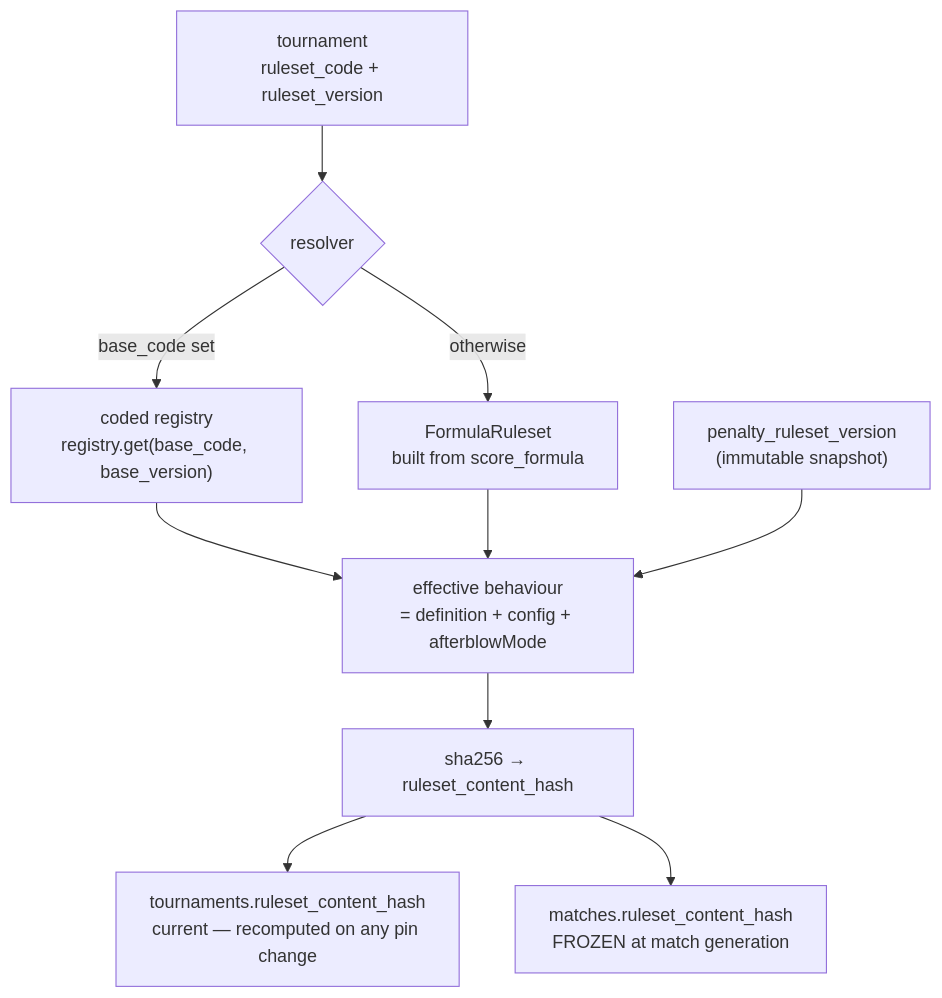
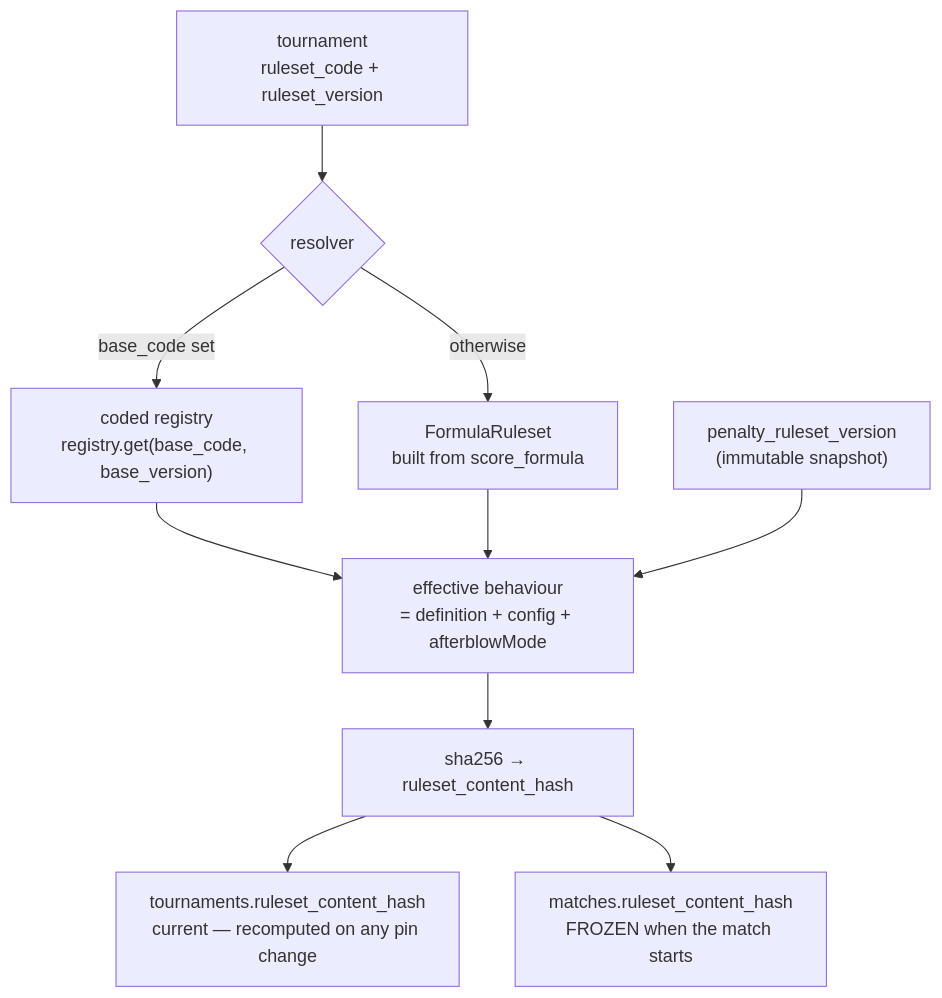
The seventh of 15 diagrams in docs/ARCHITECTURE.md (GrosTony6970/MyClash), drawn with Mermaid before and after one commit. The commit also changed other lines of this file and 18 other files, not shown here.

````diff
--- a/docs/ARCHITECTURE.md
+++ b/docs/ARCHITECTURE.md
@@ -812,12 +812,12 @@
 ```mermaid
 flowchart TD
   T["tournament<br/>ruleset_code + ruleset_version"] --> R{"resolver"}
   R -->|"base_code set"| REG["coded registry<br/>registry.get(base_code, base_version)"]
   R -->|"otherwise"| FR["FormulaRuleset<br/>built from score_formula"]
   REG --> EFF["effective behaviour<br/>= definition + config + afterblowMode"]
   FR --> EFF
   P["penalty_ruleset_version<br/>(immutable snapshot)"] --> EFF
   EFF --> H["sha256 → ruleset_content_hash"]
   H --> TH["tournaments.ruleset_content_hash<br/>current — recomputed on any pin change"]
-  H --> MH["matches.ruleset_content_hash<br/>FROZEN at match generation"]
+  H --> MH["matches.ruleset_content_hash<br/>FROZEN when the match starts"]
 ```
````
